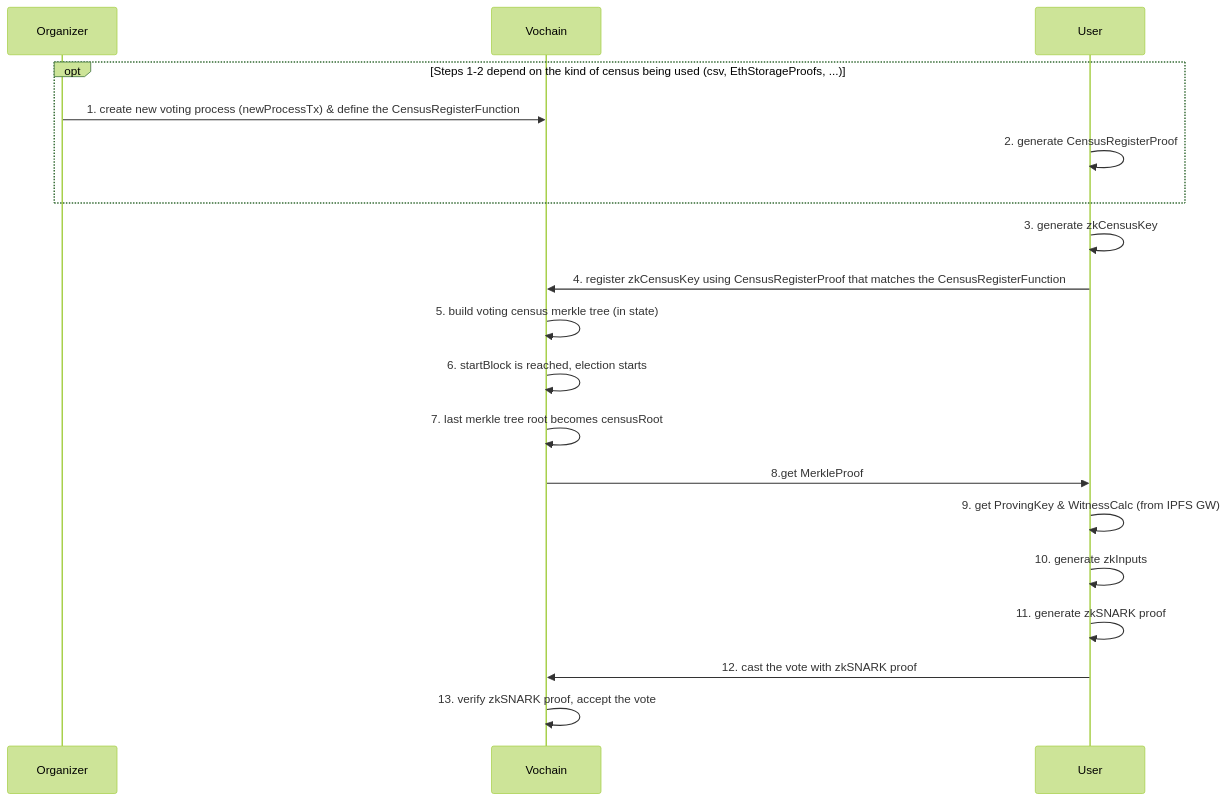
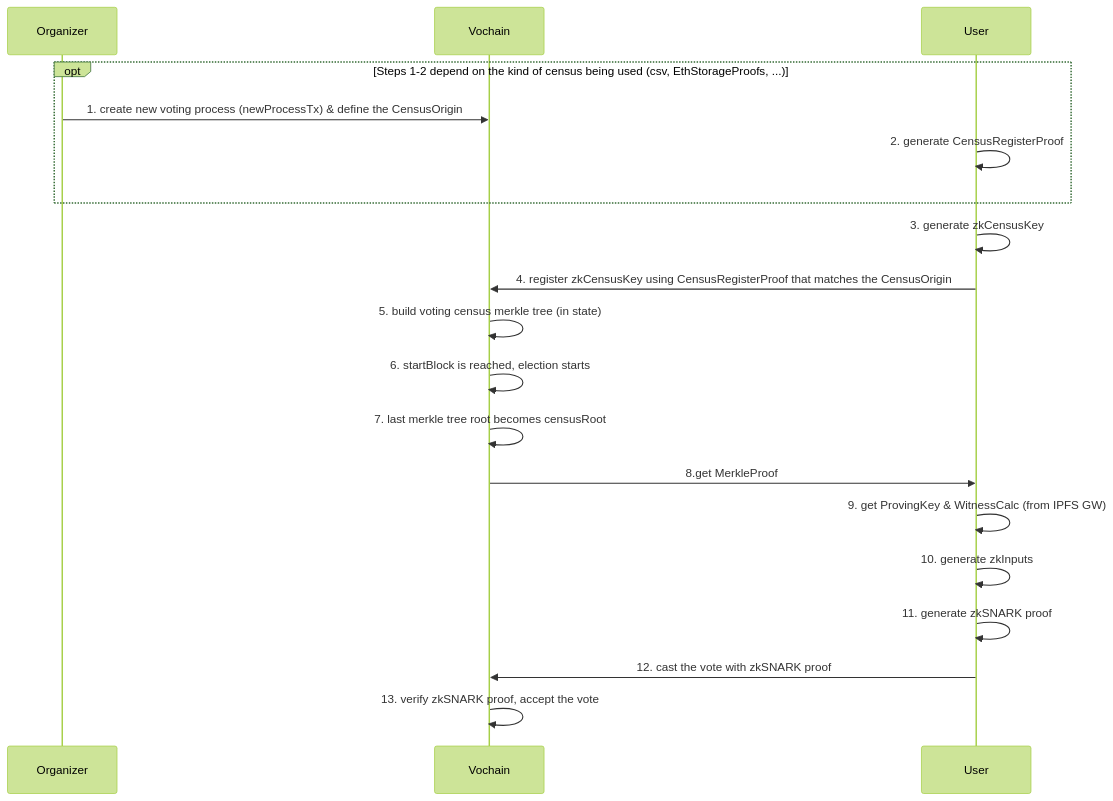
Before and after one commit to vocdoni/docs: the first of 3 diagrams in src/architecture/protocol/anonymous-voting/zk-census-proof.md, drawn with Mermaid. The commit also changed other lines of this file and 1 other file, not shown here.

First line of the commit message:
Add process flag preRegister &update zk-census doc

````diff
--- a/src/architecture/protocol/anonymous-voting/zk-census-proof.md
+++ b/src/architecture/protocol/anonymous-voting/zk-census-proof.md
@@ -66,22 +66,22 @@
 ```mermaid
 %%{init: {'theme':'forest'}}%%
 
 sequenceDiagram
 opt Steps 1-2 depend on the kind of census being used (csv, EthStorageProofs, ...)
-  Organizer->>Vochain: 1. create new voting process (newProcessTx) & define the CensusRegisterFunction
+  Organizer->>Vochain: 1. create new voting process (newProcessTx) & define the CensusOrigin
   User->>User: 2. generate CensusRegisterProof
 end
 
 User->>User: 3. generate zkCensusKey
-User->>Vochain: 4. register zkCensusKey using CensusRegisterProof that matches the CensusRegisterFunction
+User->>Vochain: 4. register zkCensusKey using CensusRegisterProof that matches the CensusOrigin
 Vochain->>Vochain: 5. build voting census merkle tree (in state)
 Vochain->>Vochain: 6. startBlock is reached, election starts
 Vochain->>Vochain: 7. last merkle tree root becomes censusRoot
 Vochain->>User: 8.get MerkleProof
 # note, next line goes from User->User instead of User->IPFS to avoid spending a full column just for 1 query to IPFS
 User->>User: 9. get ProvingKey & WitnessCalc (from IPFS GW)
 User->>User: 10. generate zkInputs
 User->>User: 11. generate zkSNARK proof
 User->>Vochain: 12. cast the vote with zkSNARK proof
 Vochain->>Vochain: 13. verify zkSNARK proof, accept the vote
 ```
````
